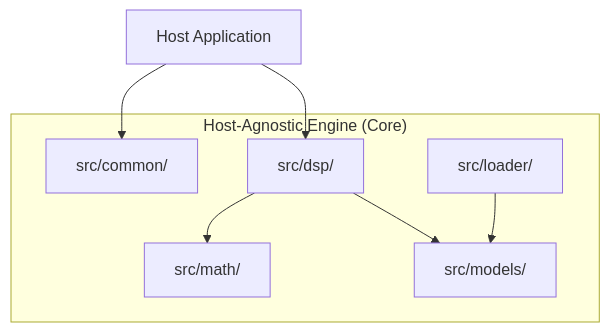
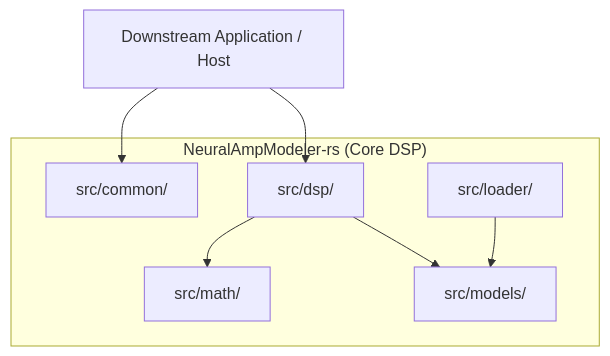
The third of 3 diagrams in docs/architecture.md (fabiohl/NeuralAmpModeler-rs), drawn with Mermaid before and after one commit. The commit also changed other lines of this file and 9 other files, not shown here.

Commit message:
docs: streamline architecture documentation and reference guides

````diff
--- a/docs/architecture.md
+++ b/docs/architecture.md
@@ -239,17 +244,16 @@
 ```mermaid
 graph TD
-    subgraph Host_Agnostic ["Host-Agnostic Engine (Core)"]
+    subgraph Engine ["NeuralAmpModeler-rs (Core DSP)"]
         Common["src/common/"]
-        DSP["src/dsp/"]
         Math["src/math/"]
         Models["src/models/"]
         Loader["src/loader/"]
+        DSP["src/dsp/"]
     end
 
-    host["Host Application"] --> Common
-    host --> DSP
-
+    Host["Downstream Application / Host"] --> Common
+    Host --> DSP
+    DSP --> Models
     DSP --> Math
-    DSP --> Models
     Loader --> Models
 ```
````
